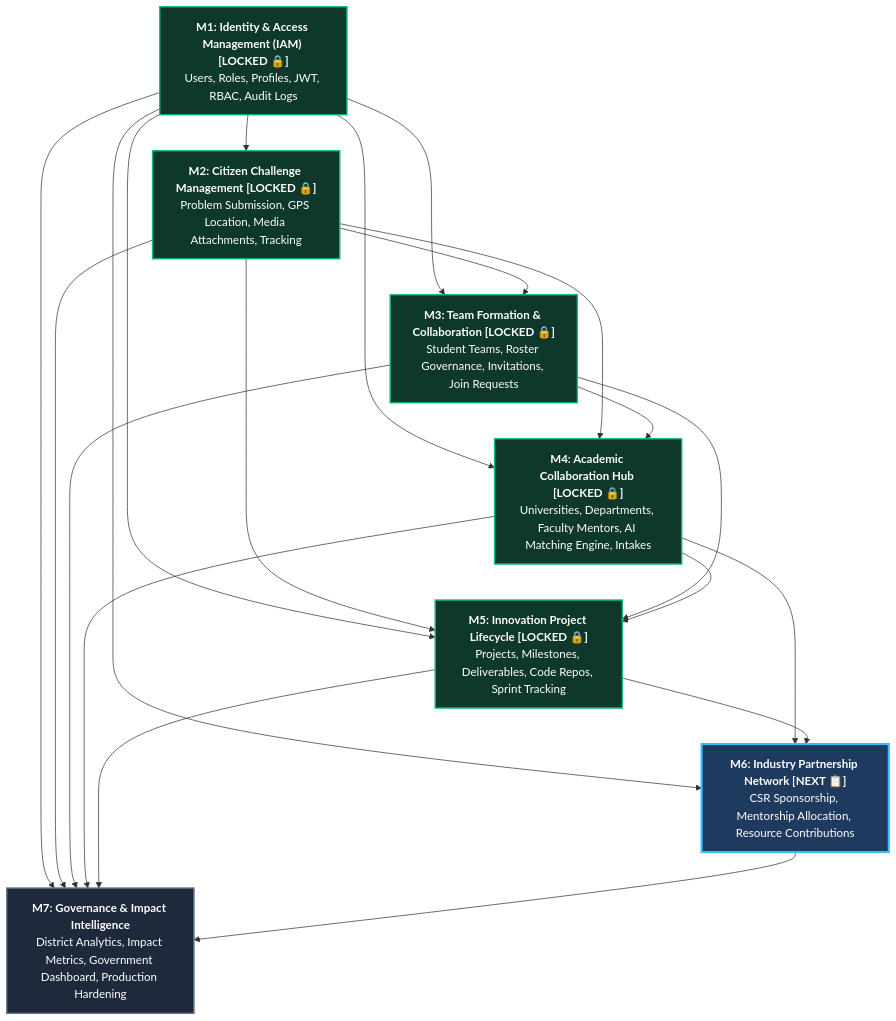
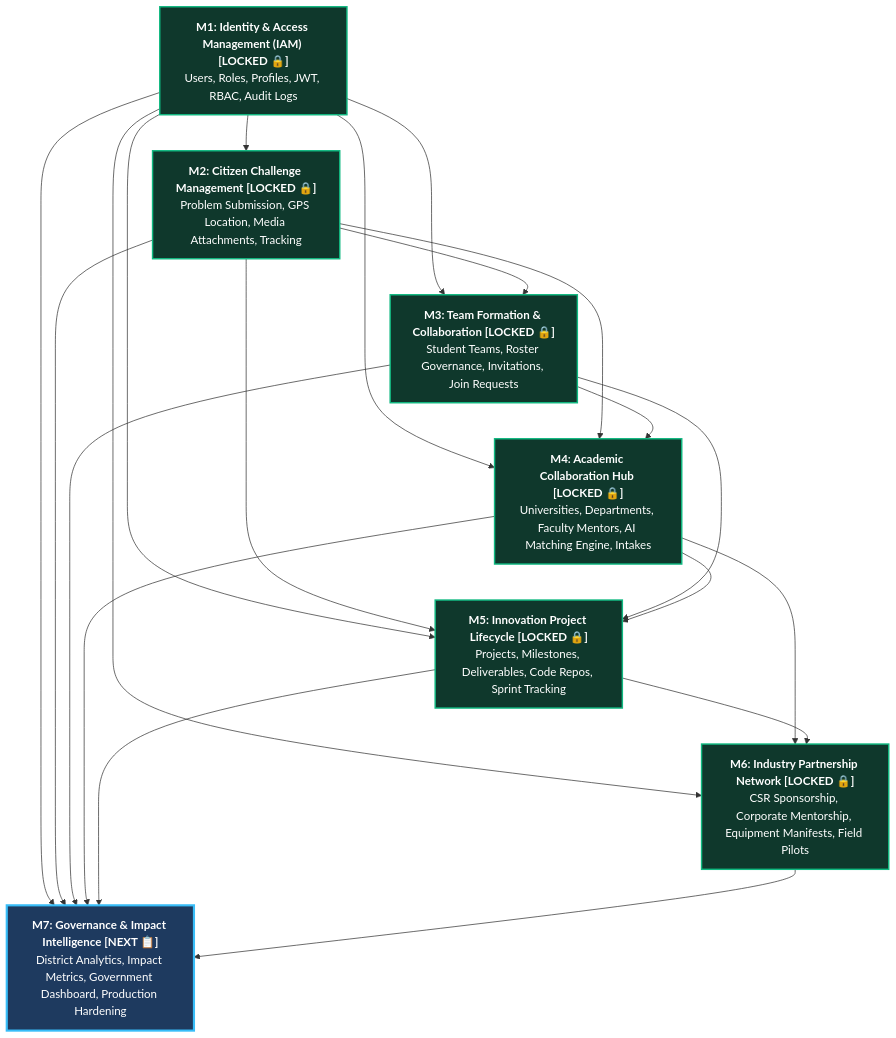
The diagram in MODULE-DEPENDENCY.md (complex-day/SICP-National-Platform), drawn with Mermaid before and after one commit. The commit also changed other lines of this file and 35 other files, not shown here.

Commit message:
feat(M6): implement, verify, and lock Module 6 Industry Partnership Network

````diff
--- a/MODULE-DEPENDENCY.md
+++ b/MODULE-DEPENDENCY.md
@@ -11,42 +11,41 @@
 ```mermaid
 graph TD
     M1["<b>M1: Identity & Access Management (IAM) [LOCKED 🔒]</b><br/>Users, Roles, Profiles, JWT, RBAC, Audit Logs"]
     
     M2["<b>M2: Citizen Challenge Management [LOCKED 🔒]</b><br/>Problem Submission, GPS Location, Media Attachments, Tracking"]
     M1 --> M2
 
     M3["<b>M3: Team Formation & Collaboration [LOCKED 🔒]</b><br/>Student Teams, Roster Governance, Invitations, Join Requests"]
     M1 --> M3
     M2 --> M3
 
     M4["<b>M4: Academic Collaboration Hub [LOCKED 🔒]</b><br/>Universities, Departments, Faculty Mentors, AI Matching Engine, Intakes"]
     M1 --> M4
     M2 --> M4
     M3 --> M4
 
     M5["<b>M5: Innovation Project Lifecycle [LOCKED 🔒]</b><br/>Projects, Milestones, Deliverables, Code Repos, Sprint Tracking"]
     M1 --> M5
     M2 --> M5
     M3 --> M5
     M4 --> M5
 
-    M6["<b>M6: Industry Partnership Network [NEXT 📋]</b><br/>CSR Sponsorship, Mentorship Allocation, Resource Contributions"]
+    M6["<b>M6: Industry Partnership Network [LOCKED 🔒]</b><br/>CSR Sponsorship, Corporate Mentorship, Equipment Manifests, Field Pilots"]
     M1 --> M6
     M4 --> M6
     M5 --> M6
 
-    M7["<b>M7: Governance & Impact Intelligence</b><br/>District Analytics, Impact Metrics, Government Dashboard, Production Hardening"]
+    M7["<b>M7: Governance & Impact Intelligence [NEXT 📋]</b><br/>District Analytics, Impact Metrics, Government Dashboard, Production Hardening"]
     M1 --> M7
     M2 --> M7
     M3 --> M7
     M4 --> M7
     M5 --> M7
     M6 --> M7
 
     classDef locked fill:#0f382c,stroke:#10b981,stroke-width:2px,color:#fff;
     classDef nextModule fill:#1e3a5f,stroke:#38bdf8,stroke-width:3px,color:#fff;
     classDef upcoming fill:#1e293b,stroke:#64748b,stroke-width:2px,color:#fff;
-    class M1,M2,M3,M4,M5 locked;
-    class M6 nextModule;
-    class M7 upcoming;
+    class M1,M2,M3,M4,M5,M6 locked;
+    class M7 nextModule;
 ```
````
